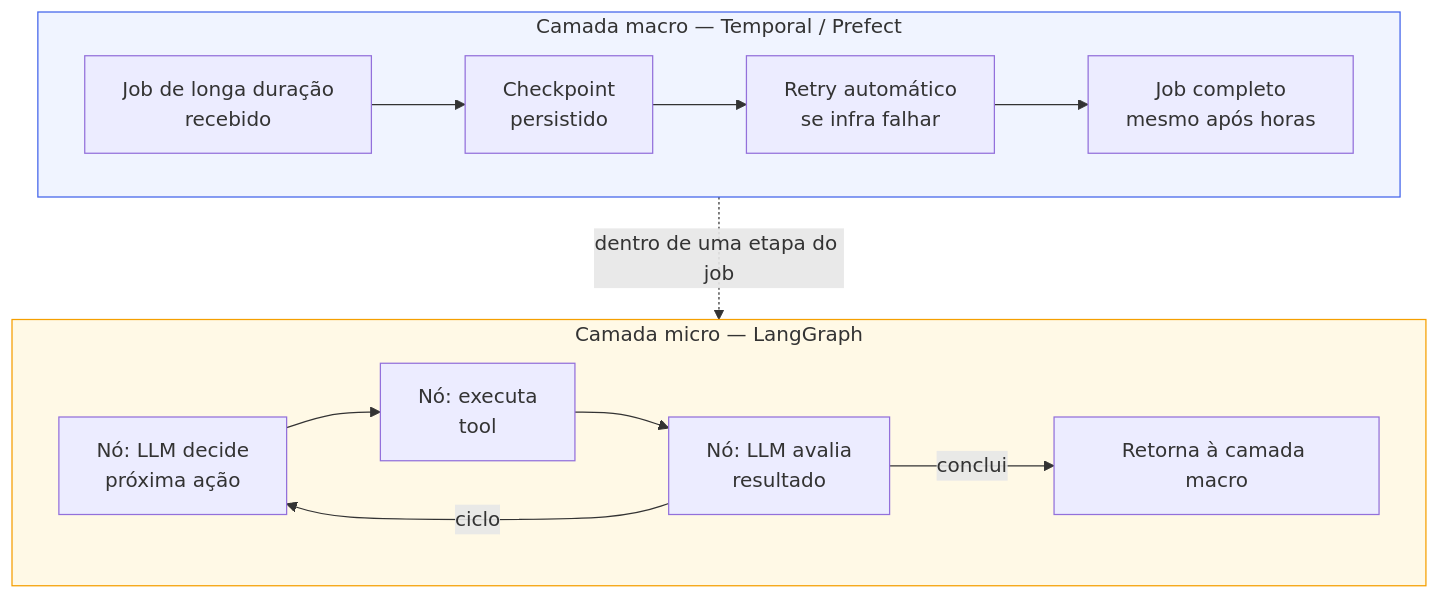
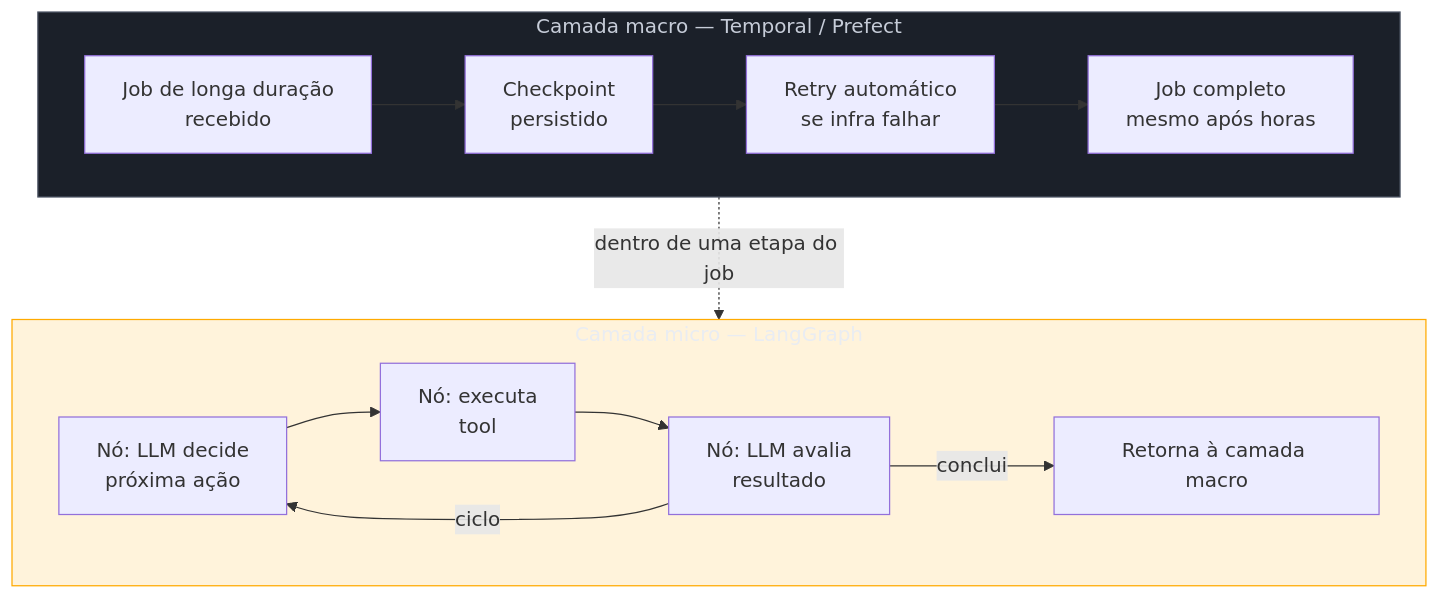
One commit to josenaldo/codex-technomanticus changed the second of 2 diagrams in 03-Dominios/Tecnologia/IA/AI Engineering Stack/08 - Workflow vs Agent Layer.md. Above: the diagram before and after it, drawn with Mermaid. The commit also changed other lines of this file and 1181 other files, not shown here.

First line of the commit message:
fix(diagramas): paleta do sistema no lugar de cor cravada no markdown

````diff
--- a/03-Dominios/Tecnologia/IA/AI Engineering Stack/08 - Workflow vs Agent Layer.md
+++ b/03-Dominios/Tecnologia/IA/AI Engineering Stack/08 - Workflow vs Agent Layer.md
@@ -148,22 +150,24 @@
 ```mermaid
 flowchart TB
+    classDef neutro fill:#1B2029,stroke:#4E5666,color:#C6CCD8
+    classDef destaque fill:#FFAA0024,stroke:#FFAA00,color:#E9ECF2
     subgraph macro ["Camada macro — Temporal / Prefect"]
         direction LR
         M1["Job de longa duração\nrecebido"] --> M2["Checkpoint\npersistido"]
         M2 --> M3["Retry automático\nse infra falhar"]
         M3 --> M4["Job completo\nmesmo após horas"]
     end
 
     M2 -.->|"dentro de uma etapa do job"| micro
 
     subgraph micro ["Camada micro — LangGraph"]
         direction LR
         A1["Nó: LLM decide\npróxima ação"] --> A2["Nó: executa\ntool"]
         A2 --> A3["Nó: LLM avalia\nresultado"]
         A3 -->|"ciclo"| A1
         A3 -->|"conclui"| A4["Retorna à camada macro"]
     end
 
-    style macro fill:#f0f4ff,stroke:#4263eb
-    style micro fill:#fff9e6,stroke:#f59f00
+    class macro neutro
+    class micro destaque
 ```
````
